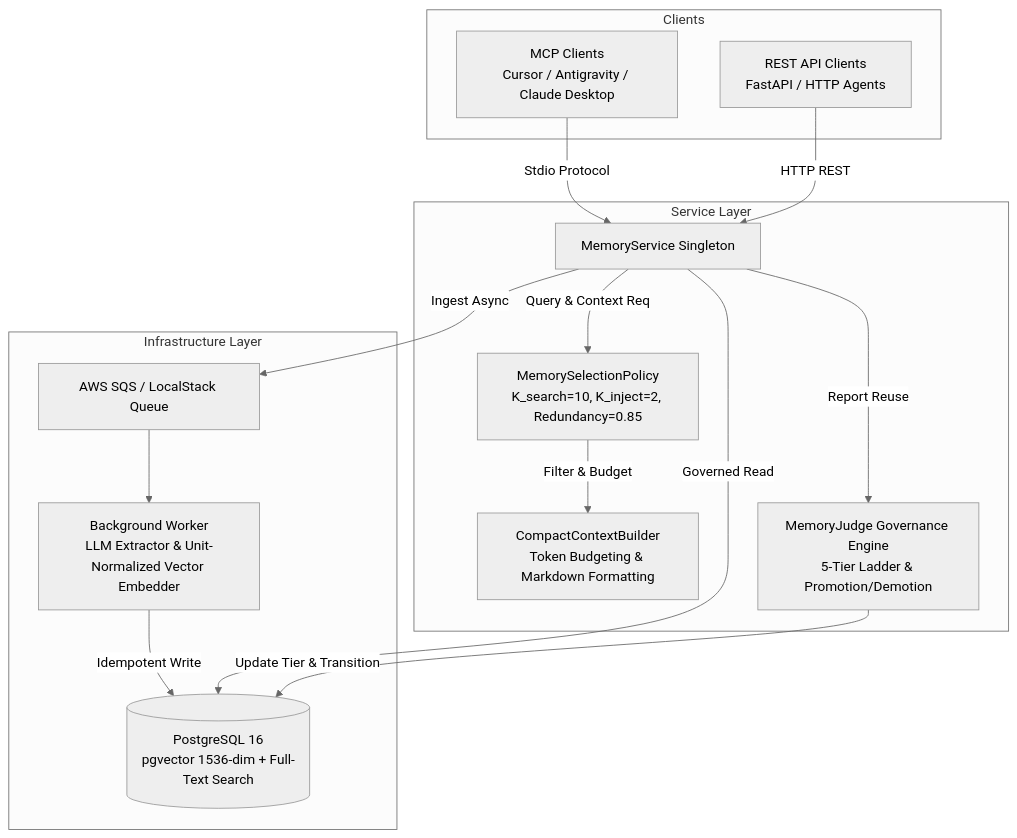
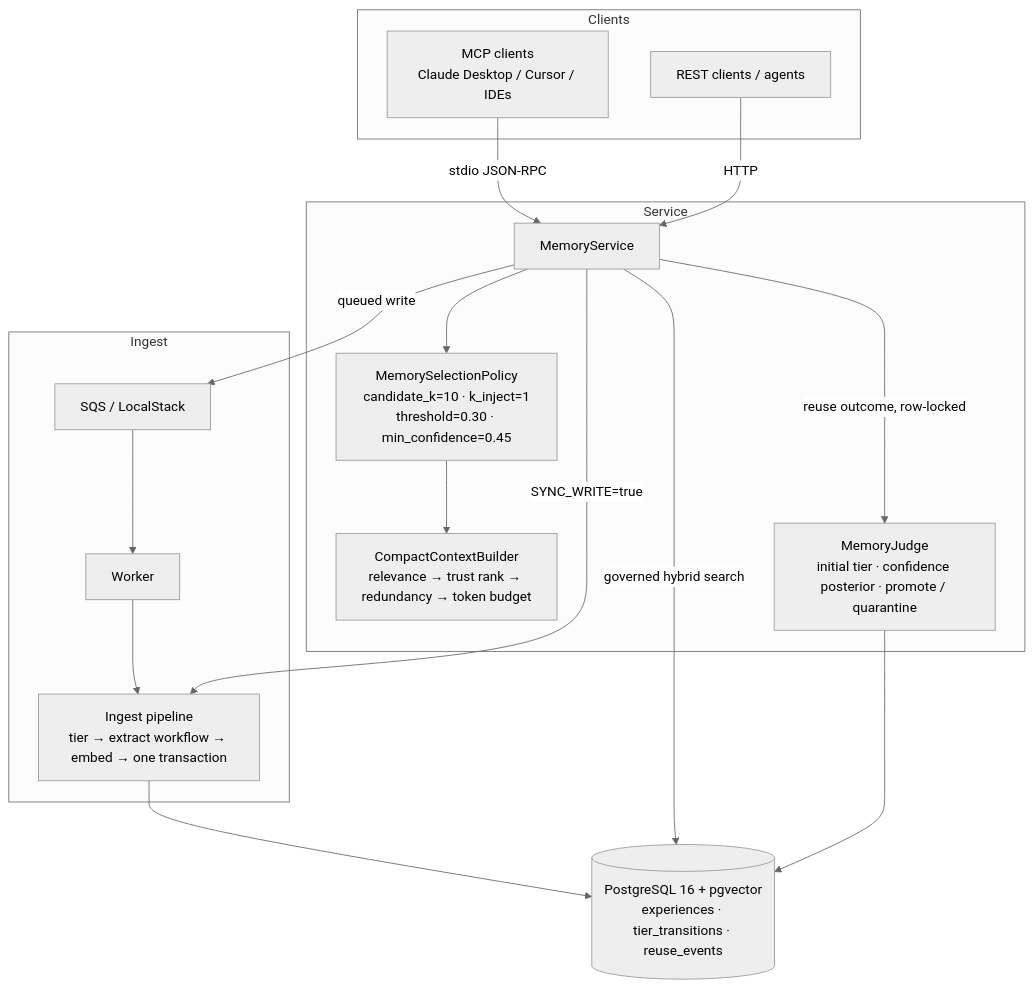
One commit to nagashiva23/action-cloud changed the diagram in README.md. Above: the diagram before and after it, drawn with Mermaid (neutral theme). The commit also changed other lines of this file and 56 other files, not shown here.

````diff
--- a/README.md
+++ b/README.md
@@ -11,31 +13,31 @@
 ```mermaid
 graph TD
     subgraph Clients
-        MCP[MCP Clients<br/>Cursor / Antigravity / Claude Desktop]
-        REST[REST API Clients<br/>FastAPI / HTTP Agents]
+        MCP[MCP clients<br/>Claude Desktop / Cursor / IDEs]
+        REST[REST clients / agents]
     end
 
-    subgraph Service Layer
-        MS[MemoryService Singleton]
-        MSP[MemorySelectionPolicy<br/>K_search=10, K_inject=2, Redundancy=0.85]
-        CCB[CompactContextBuilder<br/>Token Budgeting & Markdown Formatting]
-        MJ[MemoryJudge Governance Engine<br/>5-Tier Ladder & Promotion/Demotion]
+    subgraph Service
+        MS[MemoryService]
+        POL[MemorySelectionPolicy<br/>candidate_k=10 · k_inject=1<br/>threshold=0.30 · min_confidence=0.45]
+        CCB[CompactContextBuilder<br/>relevance → trust rank → redundancy → token budget]
+        MJ[MemoryJudge<br/>initial tier · confidence posterior · promote / quarantine]
     end
 
-    subgraph Infrastructure Layer
-        SQS[AWS SQS / LocalStack Queue]
-        Worker[Background Worker<br/>LLM Extractor & Unit-Normalized Vector Embedder]
-        DB[(PostgreSQL 16<br/>pgvector 1536-dim + Full-Text Search)]
+    subgraph Ingest
+        SQS[SQS / LocalStack]
+        W[Worker]
+        P[Ingest pipeline<br/>tier → extract workflow → embed → one transaction]
     end
 
-    MCP -->|Stdio Protocol| MS
-    REST -->|HTTP REST| MS
-    MS -->|Query & Context Req| MSP
-    MSP -->|Filter & Budget| CCB
-    MS -->|Ingest Async| SQS
-    SQS --> Worker
-    Worker -->|Idempotent Write| DB
-    MS -->|Governed Read| DB
-    MS -->|Report Reuse| MJ
-    MJ -->|Update Tier & Transition| DB
+    DB[(PostgreSQL 16 + pgvector<br/>experiences · tier_transitions · reuse_events)]
+
+    MCP -->|stdio JSON-RPC| MS
+    REST -->|HTTP| MS
+    MS -->|queued write| SQS --> W --> P
+    MS -->|SYNC_WRITE=true| P
+    P --> DB
+    MS -->|governed hybrid search| DB
+    MS --> POL --> CCB
+    MS -->|reuse outcome, row-locked| MJ --> DB
 ```
````
